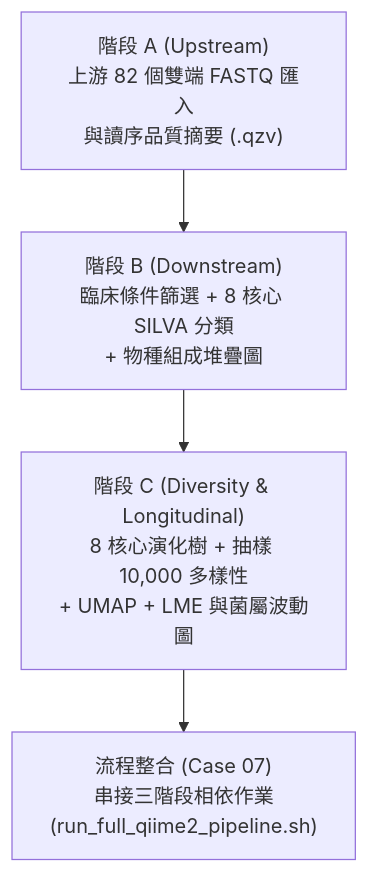
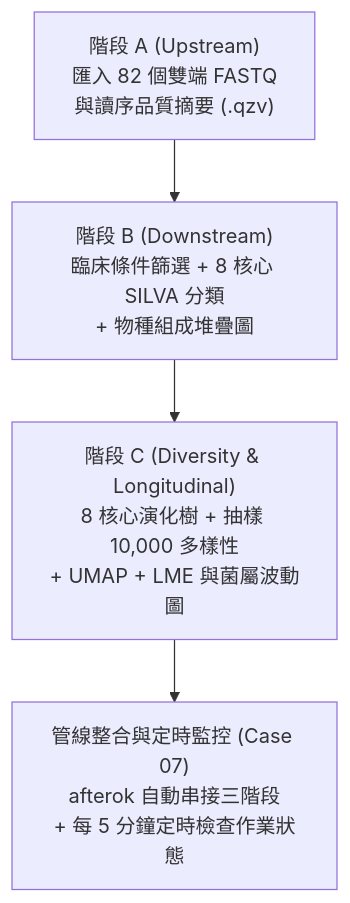
One commit to gemini960114/nano4-ngs-slurm-skill changed the diagram in 04-qiime2-microbiome-pipeline/README.md. Above: the diagram before and after it, drawn with Mermaid. The commit also changed other lines of this file and 8 other files, not shown here.

````diff
--- a/04-qiime2-microbiome-pipeline/README.md
+++ b/04-qiime2-microbiome-pipeline/README.md
@@ -7,6 +9,6 @@
 ```mermaid
 flowchart TD
-    A["階段 A (Upstream)<br>上游 82 個雙端 FASTQ 匯入<br>與讀序品質摘要 (.qzv)"] --> B["階段 B (Downstream)<br>臨床條件篩選 + 8 核心 SILVA 分類<br>+ 物種組成堆疊圖"]
+    A["階段 A (Upstream)<br>匯入 82 個雙端 FASTQ<br>與讀序品質摘要 (.qzv)"] --> B["階段 B (Downstream)<br>臨床條件篩選 + 8 核心 SILVA 分類<br>+ 物種組成堆疊圖"]
     B --> C["階段 C (Diversity & Longitudinal)<br>8 核心演化樹 + 抽樣 10,000 多樣性<br>+ UMAP + LME 與菌屬波動圖"]
-    C --> D["流程整合 (Case 07)<br>串接三階段相依作業<br>(run_full_qiime2_pipeline.sh)"]
+    C --> D["管線整合與定時監控 (Case 07)<br>afterok 自動串接三階段<br>+ 每 5 分鐘定時檢查作業狀態"]
 ```
````
